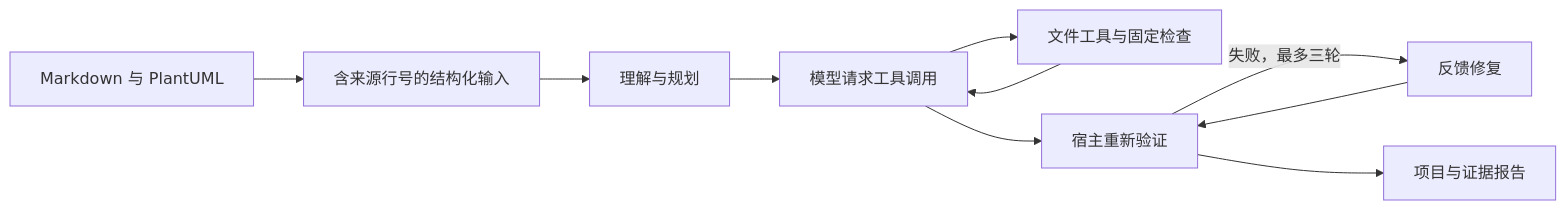
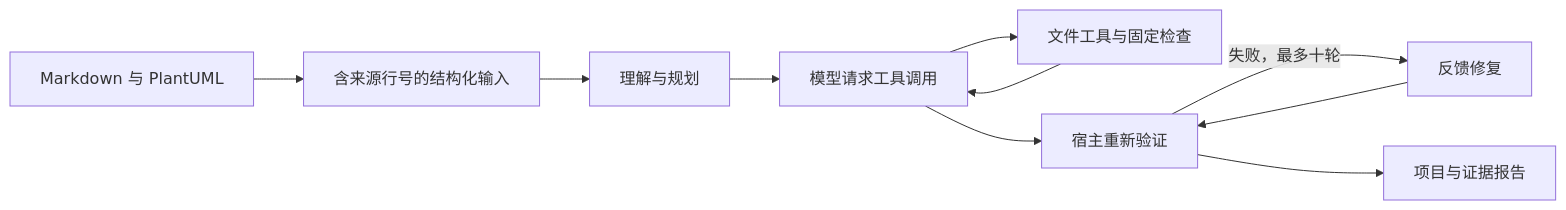
Before and after one commit to RolandHuang17/design-code-agent: the diagram in README.md, drawn with Mermaid. The commit also changed other lines of this file and 2054 other files, not shown here.

````diff
--- a/README.md
+++ b/README.md
@@ -67,12 +68,12 @@
 ```mermaid
 flowchart LR
   A[Markdown 与 PlantUML] --> B[含来源行号的结构化输入]
   B --> C[理解与规划]
   C --> D[模型请求工具调用]
   D --> E[文件工具与固定检查]
   E --> D
   D --> F[宿主重新验证]
-  F -->|失败，最多三轮| G[反馈修复]
+  F -->|失败，最多十轮| G[反馈修复]
   G --> F
   F --> H[项目与证据报告]
 ```
````
